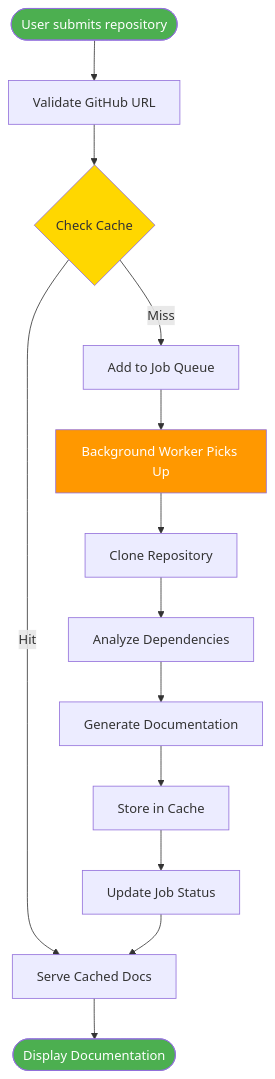
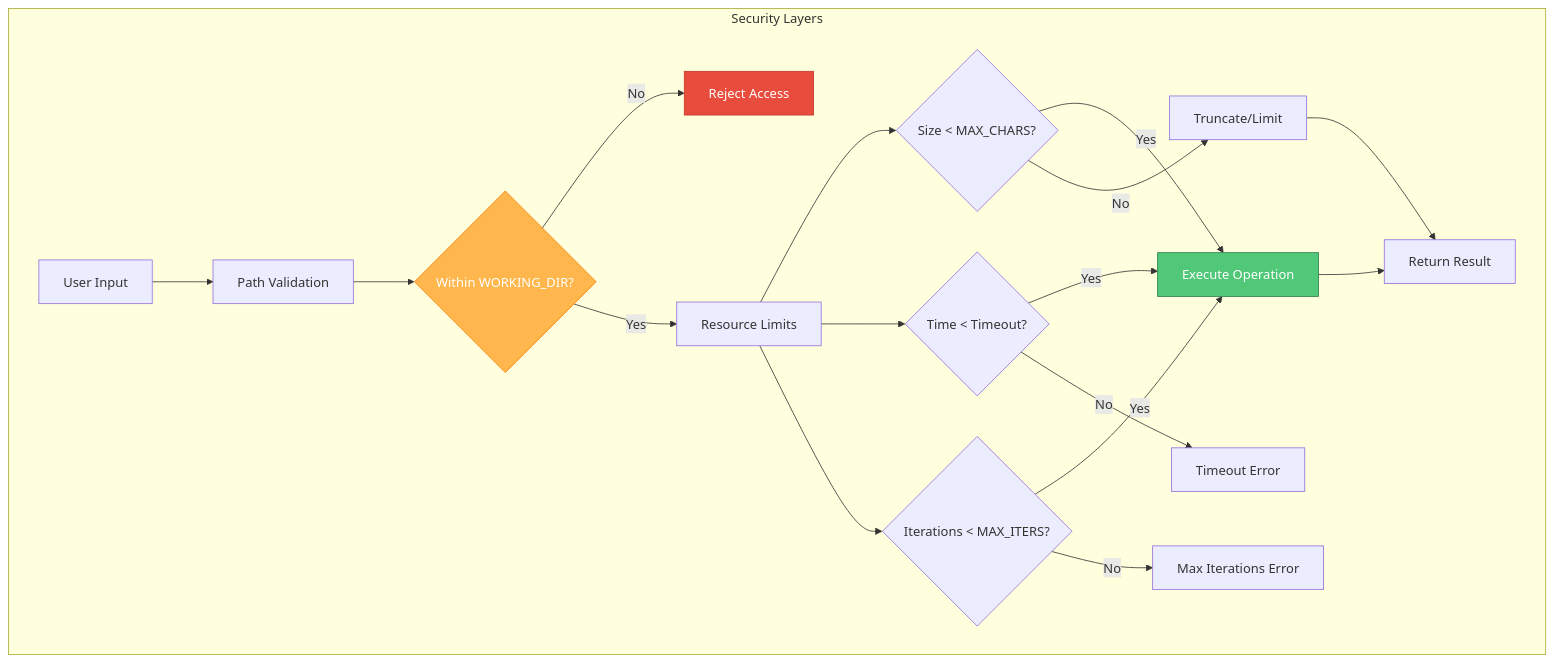
One commit to lsu123/ai-agent changed the sixth of 6 diagrams in docs/overview.md. Above: the diagram before and after it, drawn with Mermaid. The commit also changed other lines of this file and 10 other files, not shown here.

````diff
--- a/docs/overview.md
+++ b/docs/overview.md
@@ -338,23 +346,29 @@
 ```mermaid
-flowchart TD
-    START([User submits repository]) --> VALIDATE[Validate GitHub URL]
-    VALIDATE --> CACHE_CHECK{Check Cache}
+graph TB
+    subgraph "Security Layers"
+        Input[User Input] --> PathValidation[Path Validation]
+        PathValidation --> SandboxCheck{Within WORKING_DIR?}
+        
+        SandboxCheck -->|No| Reject[Reject Access]
+        SandboxCheck -->|Yes| ResourceCheck[Resource Limits]
+        
+        ResourceCheck --> SizeCheck{Size < MAX_CHARS?}
+        ResourceCheck --> TimeCheck{Time < Timeout?}
+        ResourceCheck --> IterCheck{Iterations < MAX_ITERS?}
+        
+        SizeCheck -->|Yes| Execute[Execute Operation]
+        TimeCheck -->|Yes| Execute
+        IterCheck -->|Yes| Execute
+        
+        SizeCheck -->|No| Truncate[Truncate/Limit]
+        TimeCheck -->|No| Timeout[Timeout Error]
+        IterCheck -->|No| MaxIters[Max Iterations Error]
+        
+        Execute --> Result[Return Result]
+        Truncate --> Result
+    end
     
-    CACHE_CHECK -->|Hit| SERVE[Serve Cached Docs]
-    CACHE_CHECK -->|Miss| QUEUE[Add to Job Queue]
-    
-    QUEUE --> WORKER[Background Worker Picks Up]
-    WORKER --> CLONE[Clone Repository]
-    CLONE --> ANALYZE[Analyze Dependencies]
-    ANALYZE --> GENERATE[Generate Documentation]
-    GENERATE --> CACHE_STORE[Store in Cache]
-    CACHE_STORE --> UPDATE_STATUS[Update Job Status]
-    UPDATE_STATUS --> SERVE
-    
-    SERVE --> END([Display Documentation])
-    
-    style START fill:#4CAF50,color:#fff
-    style END fill:#4CAF50,color:#fff
-    style CACHE_CHECK fill:#FFD700
-    style WORKER fill:#FF9800,color:#fff
+    style SandboxCheck fill:#FFB74D,stroke:#F57C00,color:#fff
+    style Reject fill:#E74C3C,stroke:#C0392B,color:#fff
+    style Execute fill:#50C878,stroke:#2E7D4E,color:#fff
 ```
````
